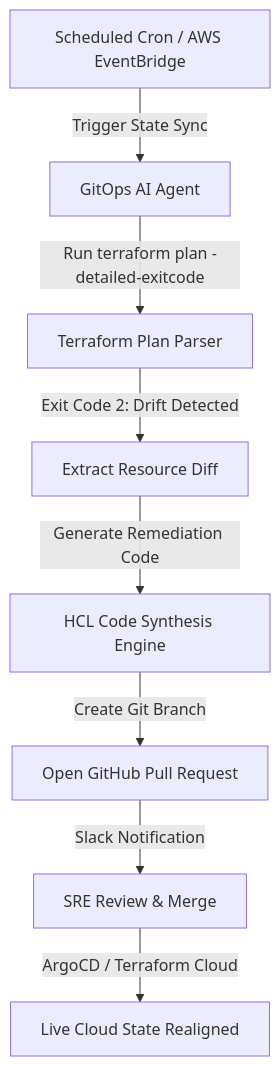
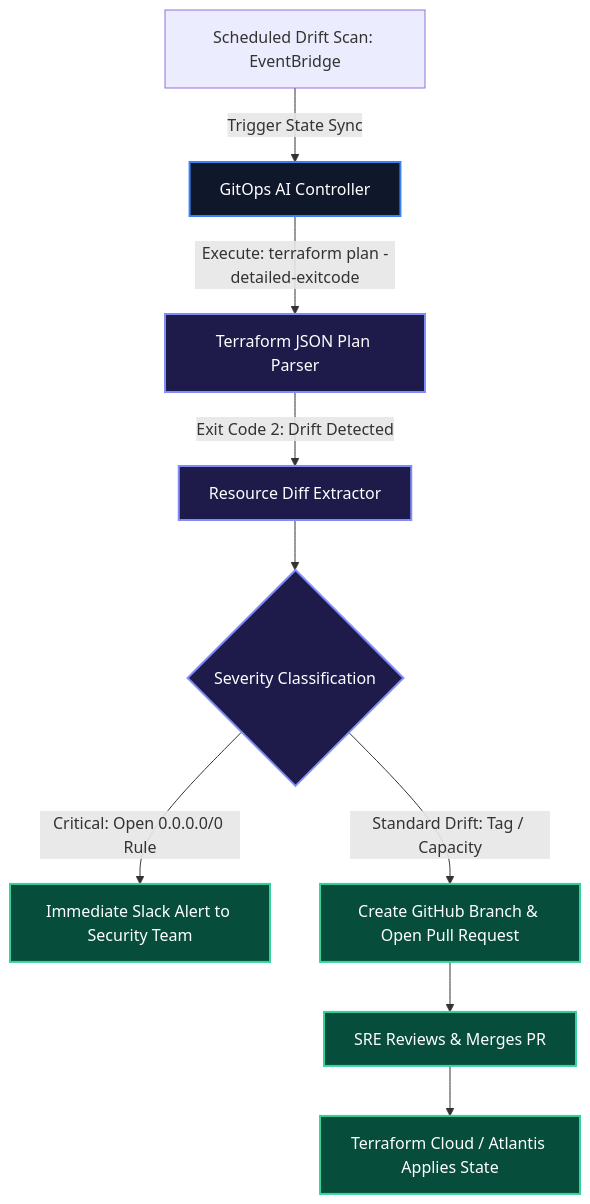
One commit to Ovanthra-Inc/sidhya-blog changed the diagram in content/posts/autonomous-ai-devops-agents/ai-devops-agents-part-4-gitops-terraform-drift.mdx. Above: the diagram before and after it, drawn with Mermaid. The commit also changed other lines of this file and 42 other files, not shown here.

````diff
--- a/content/posts/autonomous-ai-devops-agents/ai-devops-agents-part-4-gitops-terraform-drift.mdx
+++ b/content/posts/autonomous-ai-devops-agents/ai-devops-agents-part-4-gitops-terraform-drift.mdx
@@ -32,10 +32,18 @@
 ```mermaid
 graph TD
-    A[Scheduled Cron / AWS EventBridge] -->|Trigger State Sync| B[GitOps AI Agent]
-    B -->|Run terraform plan -detailed-exitcode| C[Terraform Plan Parser]
-    C -->|Exit Code 2: Drift Detected| D[Extract Resource Diff]
-    D -->|Generate Remediation Code| E[HCL Code Synthesis Engine]
-    E -->|Create Git Branch| F[Open GitHub Pull Request]
-    F -->|Slack Notification| G[SRE Review & Merge]
-    G -->|ArgoCD / Terraform Cloud| H[Live Cloud State Realigned]
+    classDef cronStyle fill:#0f172a,stroke:#3b82f6,stroke-width:2px,color:#fff;
+    classDef agentStyle fill:#1e1b4b,stroke:#818cf8,stroke-width:2px,color:#fff;
+    classDef prStyle fill:#064e3b,stroke:#34d399,stroke-width:2px,color:#fff;
+
+    Cron[Scheduled Drift Scan: EventBridge] -->|Trigger State Sync| Agent[GitOps AI Controller]:::cronStyle
+    Agent -->|Execute: terraform plan -detailed-exitcode| PlanParser[Terraform JSON Plan Parser]:::agentStyle
+    
+    PlanParser -->|Exit Code 2: Drift Detected| DiffExtractor[Resource Diff Extractor]:::agentStyle
+    DiffExtractor --> Classify{Severity Classification}:::agentStyle
+    
+    Classify -->|Critical: Open 0.0.0.0/0 Rule| SecAlert[Immediate Slack Alert to Security Team]:::prStyle
+    Classify -->|Standard Drift: Tag / Capacity| AutoPR[Create GitHub Branch & Open Pull Request]:::prStyle
+    
+    AutoPR --> SRE[SRE Reviews & Merges PR]:::prStyle
+    SRE --> Argo[Terraform Cloud / Atlantis Applies State]:::prStyle
 ```
````
